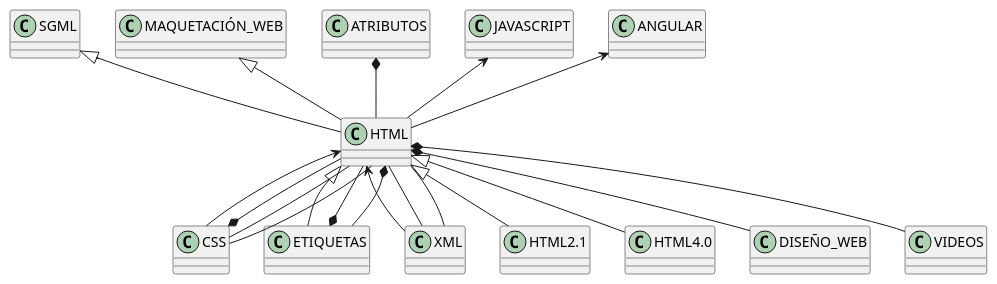
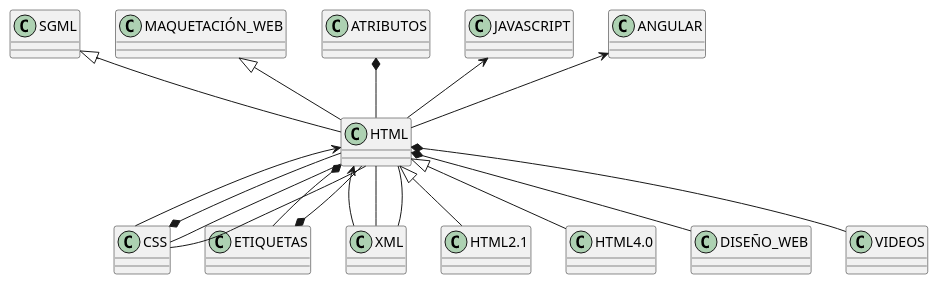
One commit to CodeURJC-DAW-2018-19/santatecla-relaciones-2 changed the diagram in relman/images/contextHTML.plantuml. Above: the diagram before and after it, drawn with PlantUML. The commit also changed 21 other files, not shown here.

Commit message:
Multipartfile UML images

```diff
--- a/relman/images/contextHTML.plantuml
+++ b/relman/images/contextHTML.plantuml
@@ -1,22 +1,21 @@
 @startuml 
  set namespaceSeparator none
 SGML <|-- HTML
 MAQUETACIÓN_WEB <|-- HTML
 CSS *-- HTML
 ETIQUETAS *-- HTML
 ATRIBUTOS *-- HTML
 JAVASCRIPT <-- HTML
 ANGULAR <-- HTML
 CSS -- HTML
 XML -- HTML
 HTML <|-- HTML2.1
 HTML <|-- HTML4.0
-HTML <|-- ETIQUETAS
 HTML *-- DISEÑO_WEB
 HTML *-- ETIQUETAS
 HTML *-- VIDEOS
 HTML <-- CSS
 HTML <-- XML
 HTML -- CSS
 HTML -- XML
 @enduml
```
